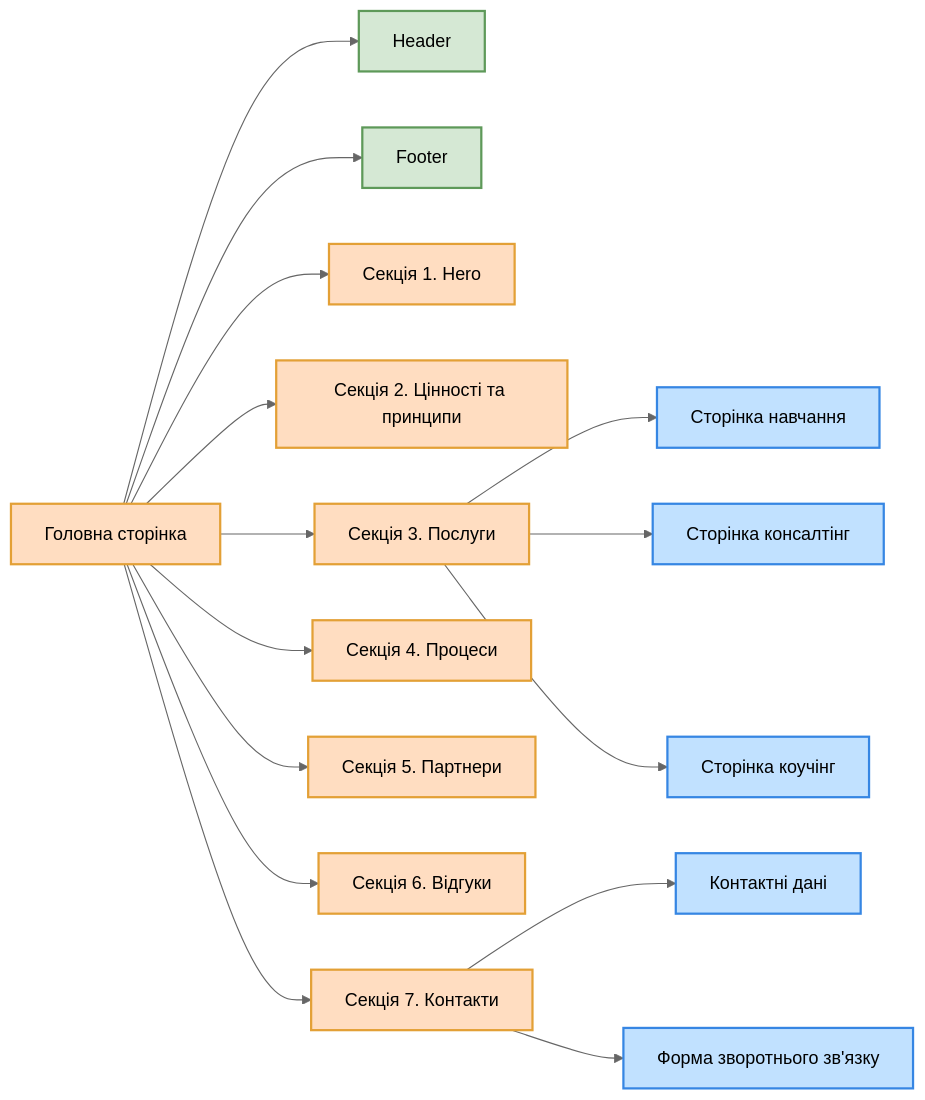
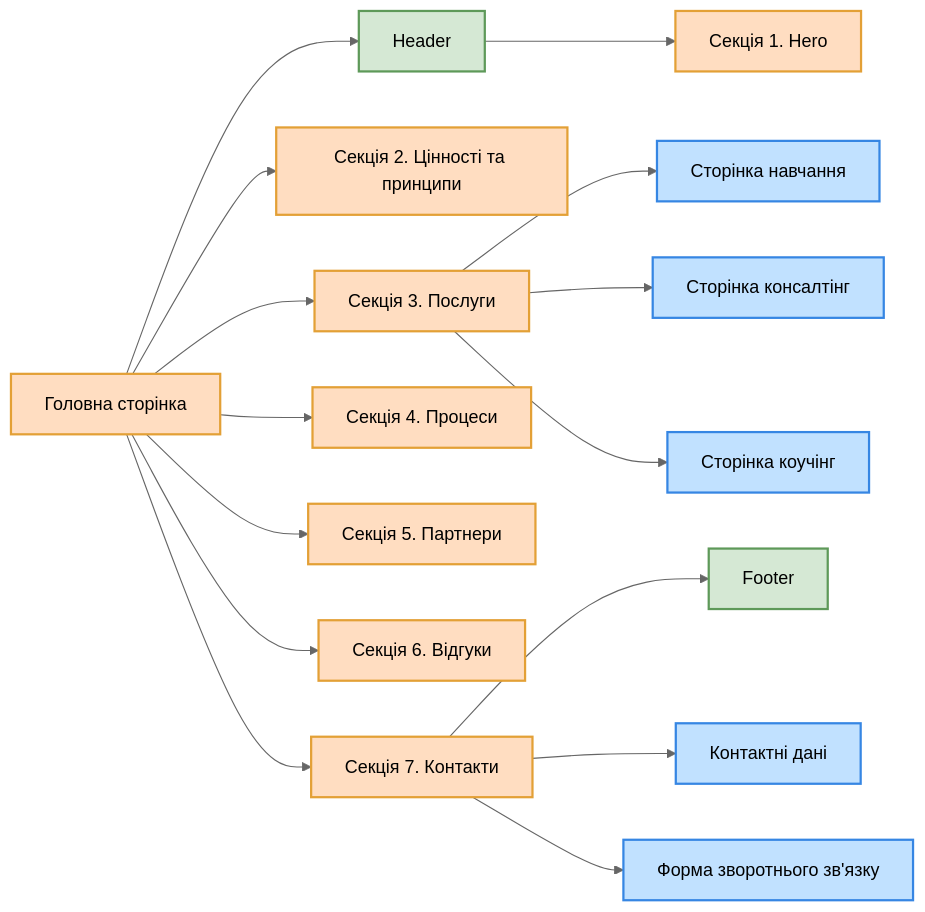
Before and after one commit to sergio-nezhigay/carptravel: the diagram in README.md, drawn with Mermaid (neutral theme).

````diff
--- a/README.md
+++ b/README.md
@@ -57,42 +57,42 @@
 ```mermaid
 graph LR
 
   %% Хедер і футер
   style B fill:#D5E8D4, stroke:#5E9959, stroke-width:2px;
   style L fill:#D5E8D4, stroke:#5E9959, stroke-width:2px;
 
   %% Секції
   style A fill:#FFDDC1, stroke:#E3A036, stroke-width:2px;
   style C fill:#FFDDC1, stroke:#E3A036, stroke-width:2px;
   style D fill:#FFDDC1, stroke:#E3A036, stroke-width:2px;
   style E fill:#FFDDC1, stroke:#E3A036, stroke-width:2px;
   style F fill:#FFDDC1, stroke:#E3A036, stroke-width:2px;
   style G fill:#FFDDC1, stroke:#E3A036, stroke-width:2px;
   style H fill:#FFDDC1, stroke:#E3A036, stroke-width:2px;
   style I fill:#FFDDC1, stroke:#E3A036, stroke-width:2px;
 
   %% Сторінки
   style N fill:#C1E1FF, stroke:#3686E3, stroke-width:2px;
   style O fill:#C1E1FF, stroke:#3686E3, stroke-width:2px;
   style P fill:#C1E1FF, stroke:#3686E3, stroke-width:2px;
   style R fill:#C1E1FF, stroke:#3686E3, stroke-width:2px;
   style S fill:#C1E1FF, stroke:#3686E3, stroke-width:2px;
 
   A[Головна сторінка] --> B[Header]
-  A --> C[Секція 1. Hero]
+  B --> C[Секція 1. Hero]
   A --> D[Секція 2. Цінності та принципи]
   A --> E[Секція 3. Послуги]
   A --> F[Секція 4. Процеси]
   A --> G[Секція 5. Партнери]
   A --> H[Секція 6. Відгуки]
   A --> I[Секція 7. Контакти]
-  A --> L[Footer]
+  I --> L[Footer]
   E --> N[Сторінка навчання]
   E --> O[Сторінка консалтінг]
   E --> P[Сторінка коучінг]
 
   I --> R[Контактні дані]
   I --> S[Форма зворотнього зв'язку]
 
 
 ```
````
